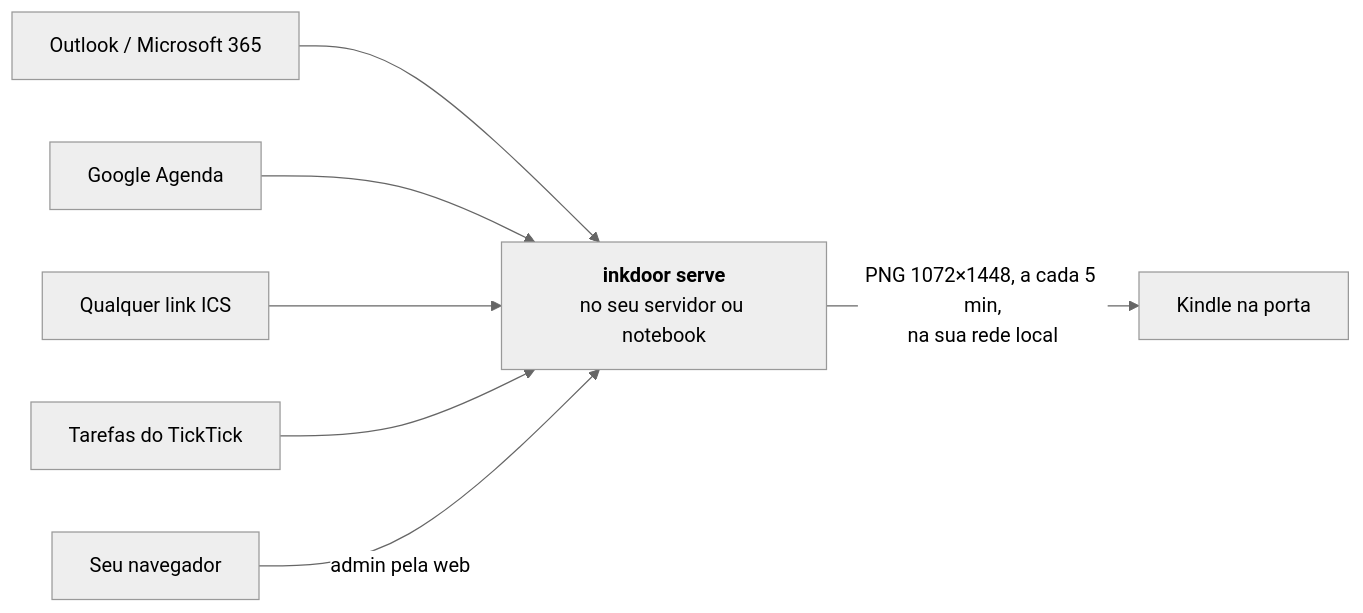
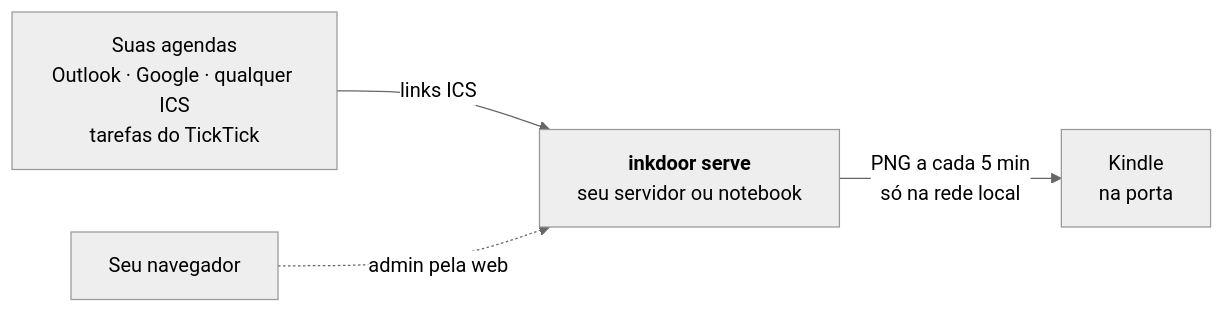
The diagram in README.pt-BR.md (frkey/inkdoor), drawn with Mermaid (neutral theme) before and after one commit. The commit also changed 1 other file, not shown here.

Commit message:
Make the README diagram compact enough for GitHub's frame

````diff
--- a/README.pt-BR.md
+++ b/README.pt-BR.md
@@ -63,9 +63,6 @@
 ```mermaid
 flowchart LR
-    O["Outlook / Microsoft 365"] --> S
-    G["Google Agenda"] --> S
-    I["Qualquer link ICS"] --> S
-    T["Tarefas do TickTick"] --> S
-    S["<b>inkdoor serve</b><br/>no seu servidor ou notebook"] -- "PNG 1072×1448, a cada 5 min,<br/>na sua rede local" --> K["Kindle na porta"]
-    B["Seu navegador"] -- "admin pela web" --> S
+    C["Suas agendas<br/>Outlook · Google · qualquer ICS<br/>tarefas do TickTick"] -- "links ICS" --> S["<b>inkdoor serve</b><br/>seu servidor ou notebook"]
+    S -- "PNG a cada 5 min<br/>só na rede local" --> K["Kindle<br/>na porta"]
+    B["Seu navegador"] -. "admin pela web" .-> S
 ```
````
